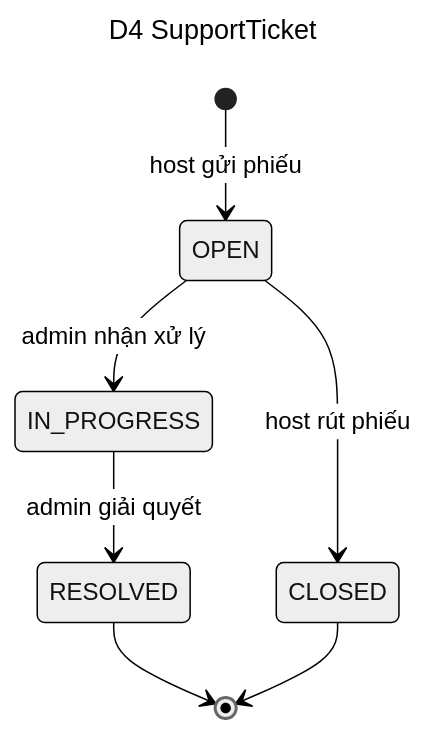
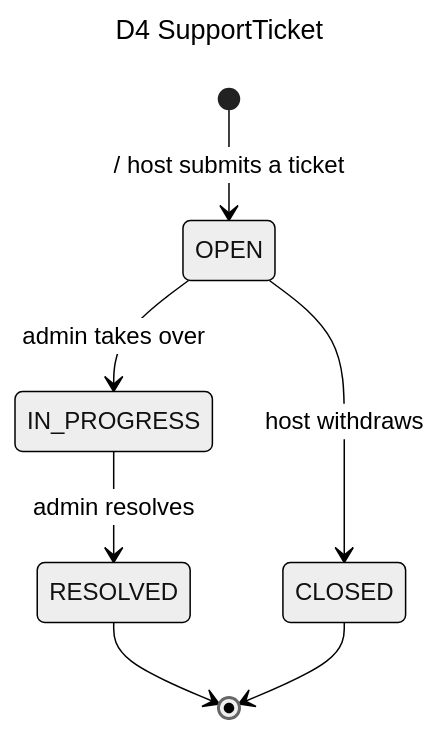
One commit to pte-org/pte-doc changed the diagram in projects/architecture/erd/d4-state-support-ticket.mmd. Above: the diagram before and after it, drawn with Mermaid (neutral theme). The commit also changed 59 other files, not shown here.

```diff
--- a/projects/architecture/erd/d4-state-support-ticket.mmd
+++ b/projects/architecture/erd/d4-state-support-ticket.mmd
@@ -1,11 +1,12 @@
 ---
 title: D4 SupportTicket
 ---
-%% Nguồn: support/domain/SupportTicket.java
+%% UML 2.5 state machine. Transition label syntax: trigger [guard] / effect.
+%% Source: support/domain/SupportTicket.java
 stateDiagram-v2
-  [*] --> OPEN : host gửi phiếu
-  OPEN --> IN_PROGRESS : admin nhận xử lý
-  IN_PROGRESS --> RESOLVED : admin giải quyết
-  OPEN --> CLOSED : host rút phiếu
+  [*] --> OPEN : / host submits a ticket
+  OPEN --> IN_PROGRESS : admin takes over
+  IN_PROGRESS --> RESOLVED : admin resolves
+  OPEN --> CLOSED : host withdraws
   RESOLVED --> [*]
   CLOSED --> [*]
```
